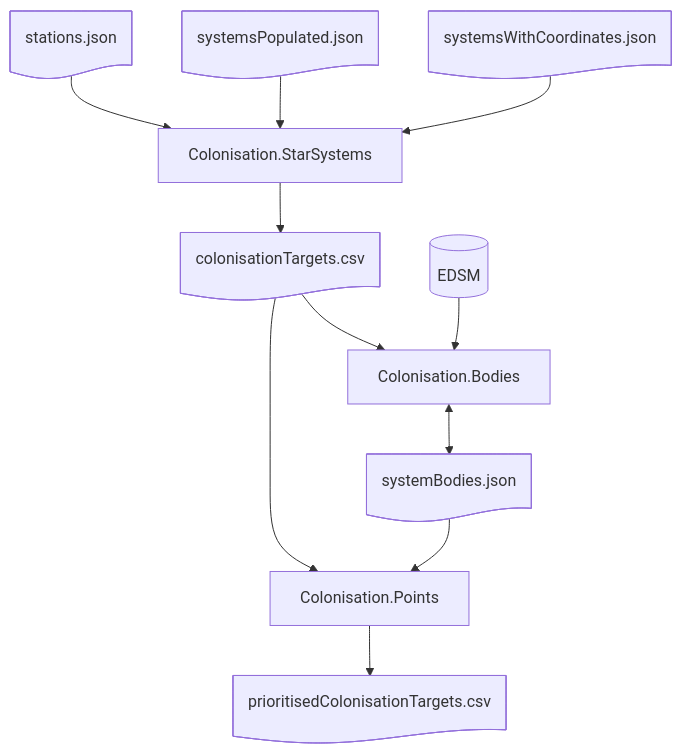
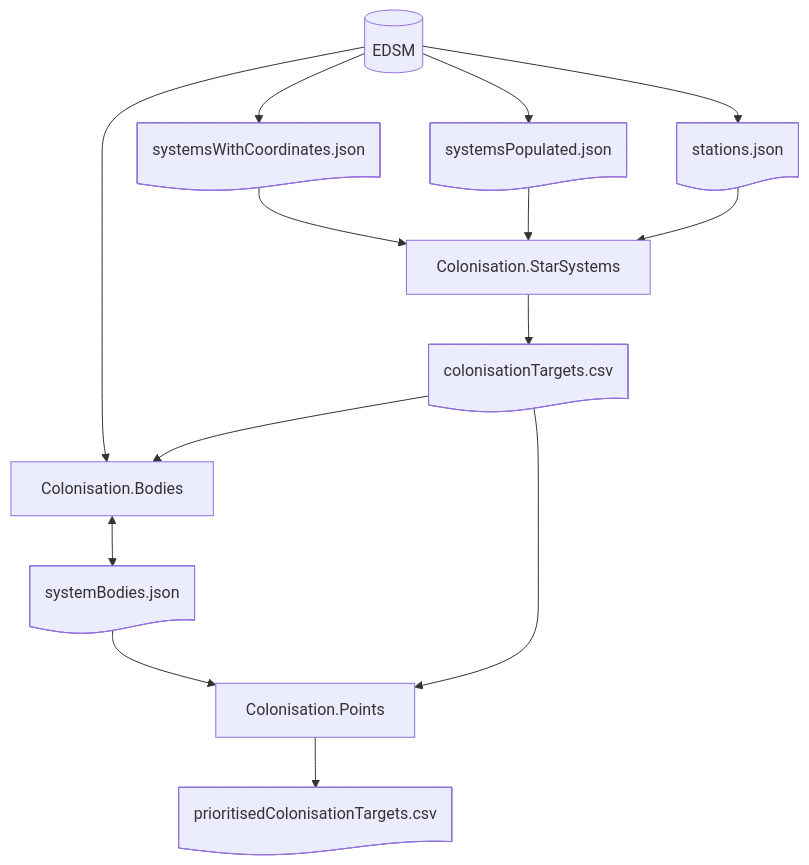
One commit to anthonylangsworth/Colonisation changed the diagram in README.md. Above: the diagram before and after it, drawn with Mermaid.

Commit message:
Link all back to EDSM

````diff
--- a/README.md
+++ b/README.md
@@ -16,13 +16,16 @@
 ```mermaid
 flowchart TB
   swc@{ shape: doc, label: "systemsWithCoordinates.json"} --> cs["Colonisation.StarSystems"]
   sp@{ shape: doc, label: "systemsPopulated.json"} --> cs
   st@{ shape: doc, label: "stations.json"} --> cs
+  edsm@{ shape: cyl, label: "EDSM"} --> cb["Colonisation.Bodies"]
+  edsm --> swc
+  edsm --> sp
+  edsm --> st
   cs --> ct@{ shape: doc, label: "colonisationTargets.csv"}
-  edsm@{ shape: cyl, label: "EDSM"} --> cb["Colonisation.Bodies"]
   cb <--> sb@{ shape: doc, label: "systemBodies.json"}
   ct --> cb
   ct --> cp["Colonisation.Points"]
   sb --> cp
   cp --> pct@{ shape: doc, label: "prioritisedColonisationTargets.csv"}
 ```
````
